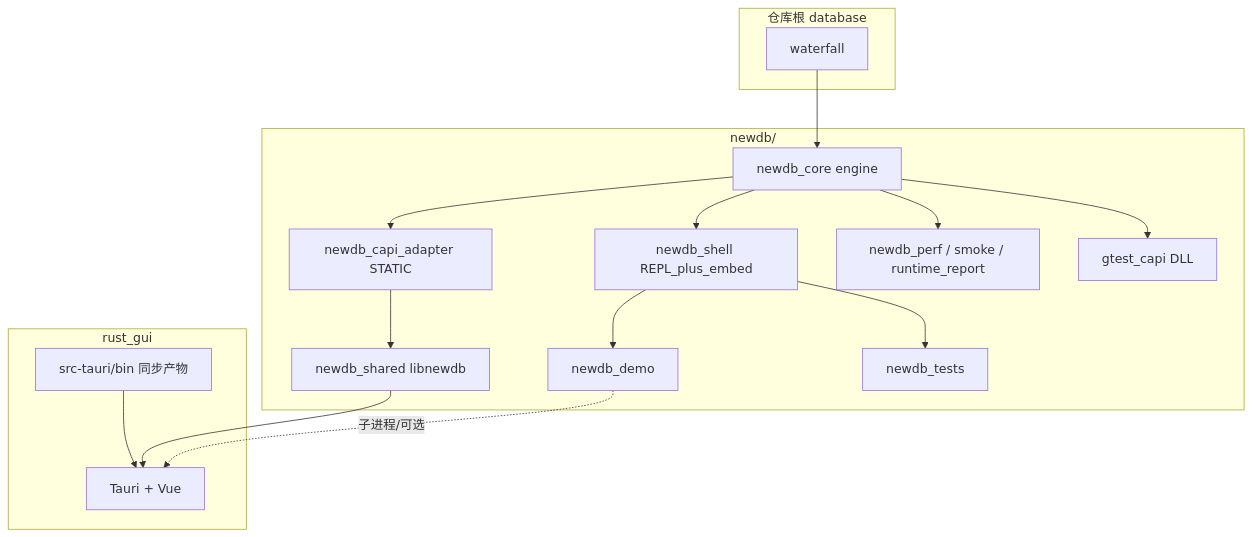
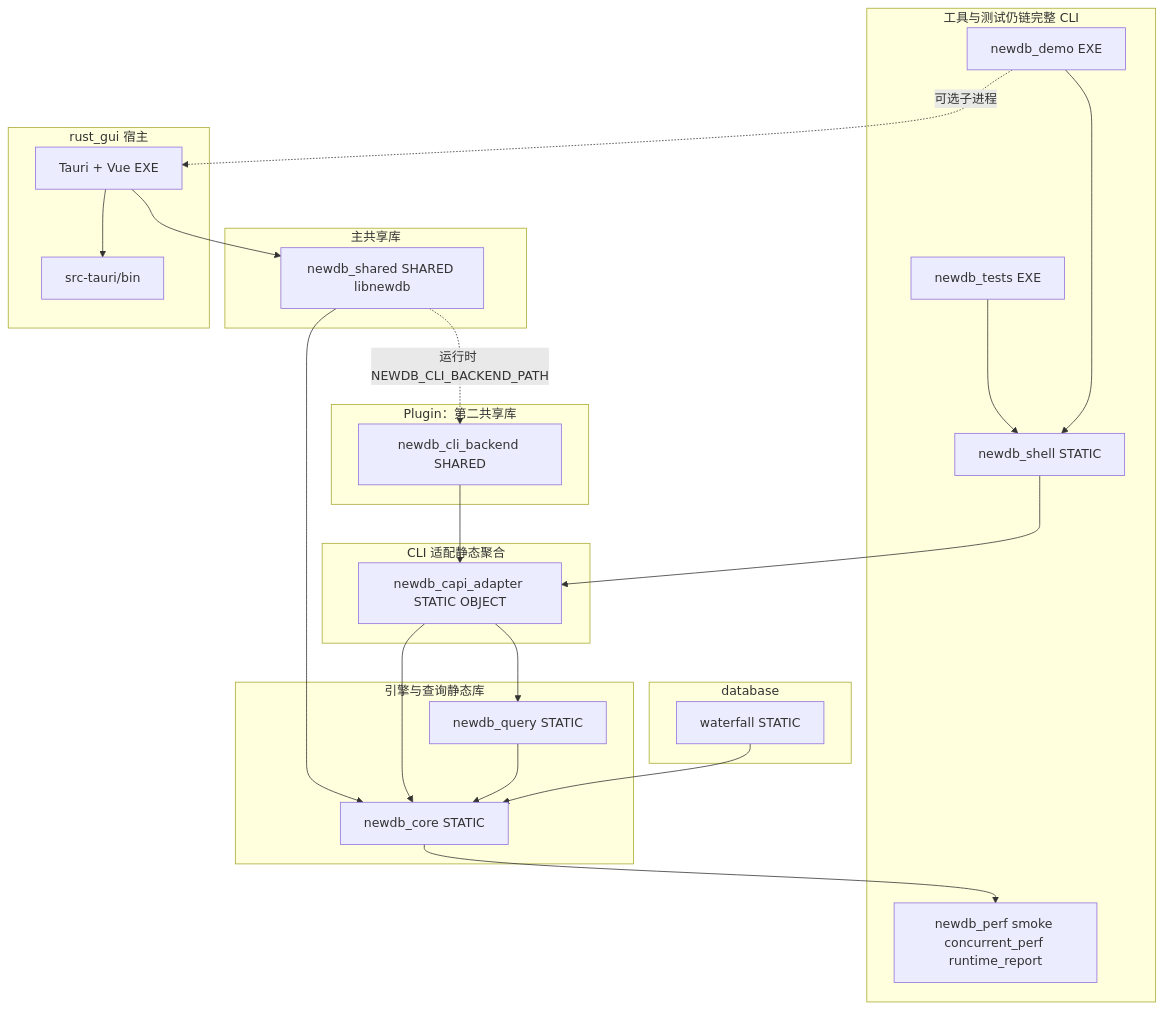
The first of 17 diagrams in newdb/docs/architecture/PROJECT_DATAFLOW_WHOLE.md (skyline019/database), drawn with Mermaid before and after one commit. The commit also changed other lines of this file, not shown here.

````diff
--- a/newdb/docs/architecture/PROJECT_DATAFLOW_WHOLE.md
+++ b/newdb/docs/architecture/PROJECT_DATAFLOW_WHOLE.md
@@ -129,34 +143,53 @@
 ```mermaid
 flowchart TB
-  subgraph repo["仓库根 database"]
-    WF[waterfall]
+  subgraph repo["database"]
+    WF[waterfall STATIC]
   end
 
-  subgraph newdb["newdb/"]
-    ENG[newdb_core engine]
-    CAP[newdb_capi_adapter STATIC]
-    SH[newdb_shell REPL_plus_embed]
-    DEM[newdb_demo]
-    DLL[newdb_shared libnewdb]
-    TOOLS[newdb_perf / smoke / runtime_report]
-    TESTS[newdb_tests]
-    GCAPI[gtest_capi DLL]
+  subgraph engines["引擎与查询静态库"]
+    ENG[newdb_core STATIC]
+    QRY[newdb_query STATIC]
   end
 
-  subgraph gui["rust_gui"]
-    TAURI[Tauri + Vue]
-    BIN[src-tauri/bin 同步产物]
+  subgraph adapter["CLI 适配静态聚合"]
+    CAP["newdb_capi_adapter STATIC OBJECT"]
+  end
+
+  subgraph backends["Plugin：第二共享库"]
+    BE["newdb_cli_backend SHARED"]
+  end
+
+  subgraph maindll["主共享库"]
+    DLL["newdb_shared SHARED libnewdb"]
+  end
+
+  subgraph tools_exe["工具与测试仍链完整 CLI"]
+    SH[newdb_shell STATIC]
+    DEM[newdb_demo EXE]
+    TOOLS["newdb_perf smoke concurrent_perf runtime_report"]
+    TESTS[newdb_tests EXE]
+  end
+
+  subgraph gui["rust_gui 宿主"]
+    TAURI[Tauri + Vue EXE]
+    BIN[src-tauri/bin]
   end
 
   WF --> ENG
-  ENG --> CAP
-  CAP --> DLL
-  ENG --> SH
-  SH --> DEM
+  QRY --> ENG
+  CAP --> ENG
+  CAP --> QRY
+  BE --> CAP
+
+  DLL --> ENG
+  DLL -.运行时 NEWDB_CLI_BACKEND_PATH.-> BE
+
+  SH --> CAP
+  DEM --> SH
   ENG --> TOOLS
-  SH --> TESTS
-  ENG --> GCAPI
-  DLL --> TAURI
-  BIN --> TAURI
-  DEM -.子进程/可选.-> TAURI
+  TESTS --> SH
+
+  TAURI --> DLL
+  TAURI --> BIN
+  DEM -.可选子进程.-> TAURI
 ```
````
